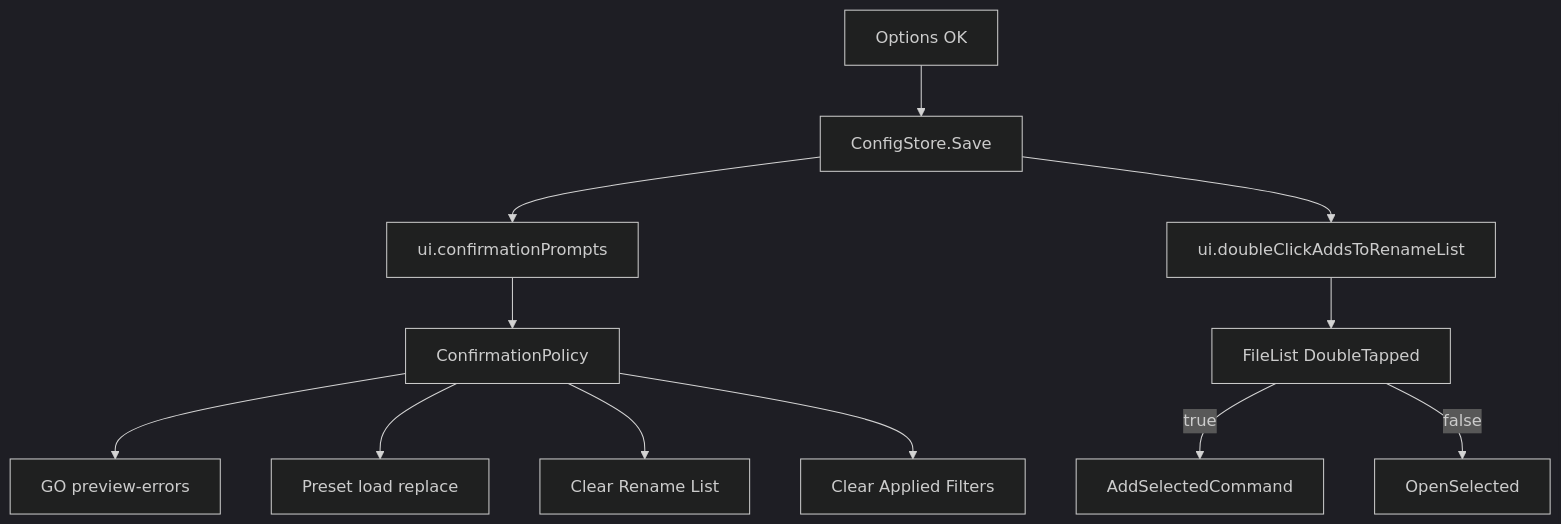
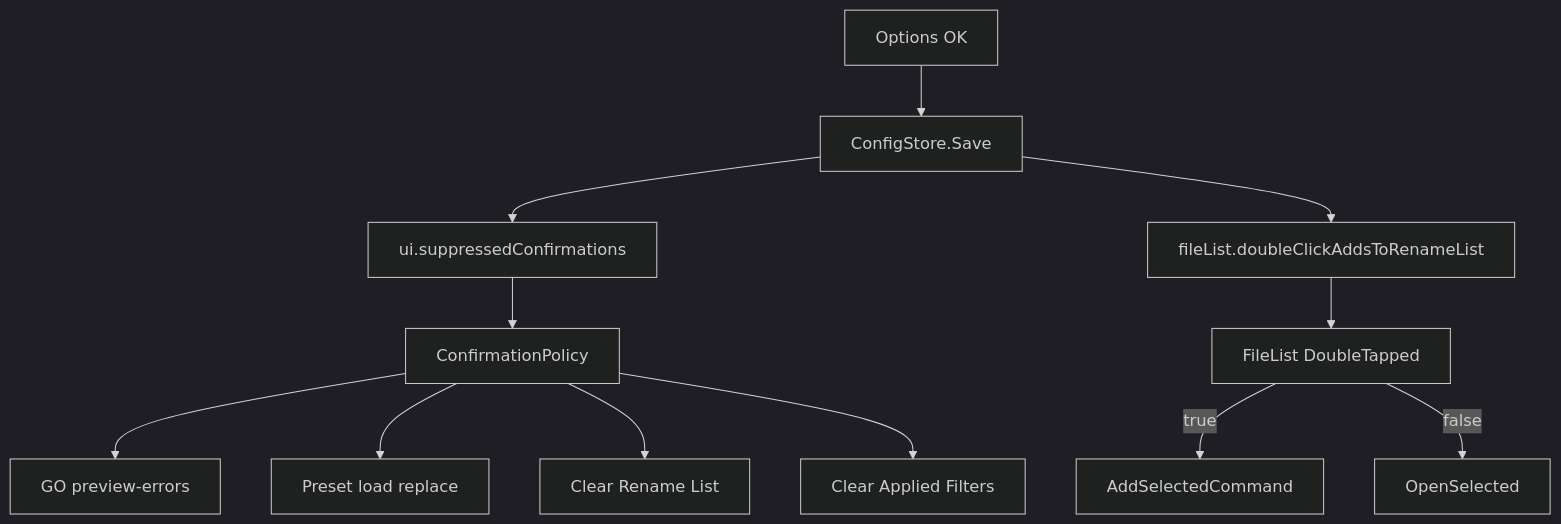
Before and after one commit to davidohana/finebytes: the diagram in docs/plans/options-confirmations-and-double-click.plan.md, drawn with Mermaid (dark theme). The commit also changed other lines of this file and 2 other files, not shown here.

Commit message:
Clarify superseded confirmation docs so parent plans do not present Fewer/Normal/More as current.

````diff
--- a/docs/plans/options-confirmations-and-double-click.plan.md
+++ b/docs/plans/options-confirmations-and-double-click.plan.md
@@ -78,14 +86,14 @@
 ```mermaid
 flowchart TD
   Opts["Options OK"] --> Cfg["ConfigStore.Save"]
-  Cfg --> Level["ui.confirmationPrompts"]
-  Cfg --> Dbl["ui.doubleClickAddsToRenameList"]
-  Level --> Policy["ConfirmationPolicy"]
+  Cfg --> Suppress["ui.suppressedConfirmations"]
+  Cfg --> Dbl["fileList.doubleClickAddsToRenameList"]
+  Suppress --> Policy["ConfirmationPolicy"]
   Policy --> Go["GO preview-errors"]
   Policy --> Load["Preset load replace"]
   Policy --> ClearRL["Clear Rename List"]
   Policy --> ClearAF["Clear Applied Filters"]
   Dbl --> Tap["FileList DoubleTapped"]
   Tap -->|true| Add["AddSelectedCommand"]
   Tap -->|false| Open["OpenSelected"]
 ```
````
